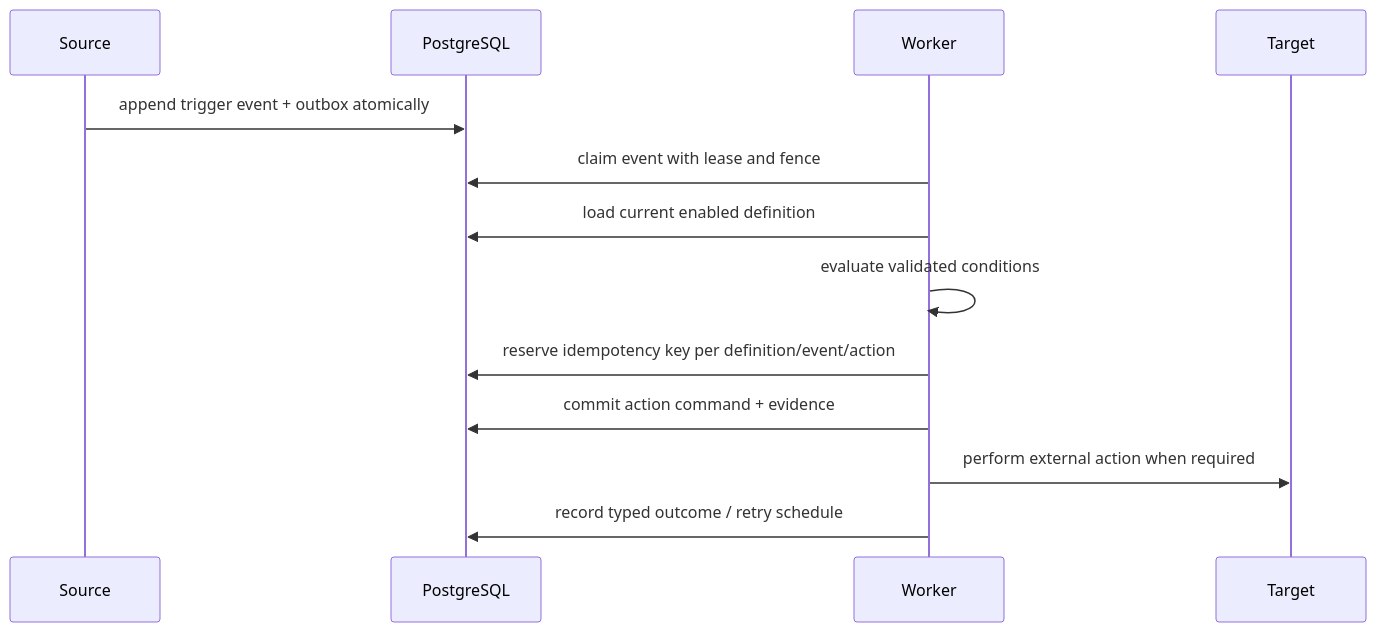
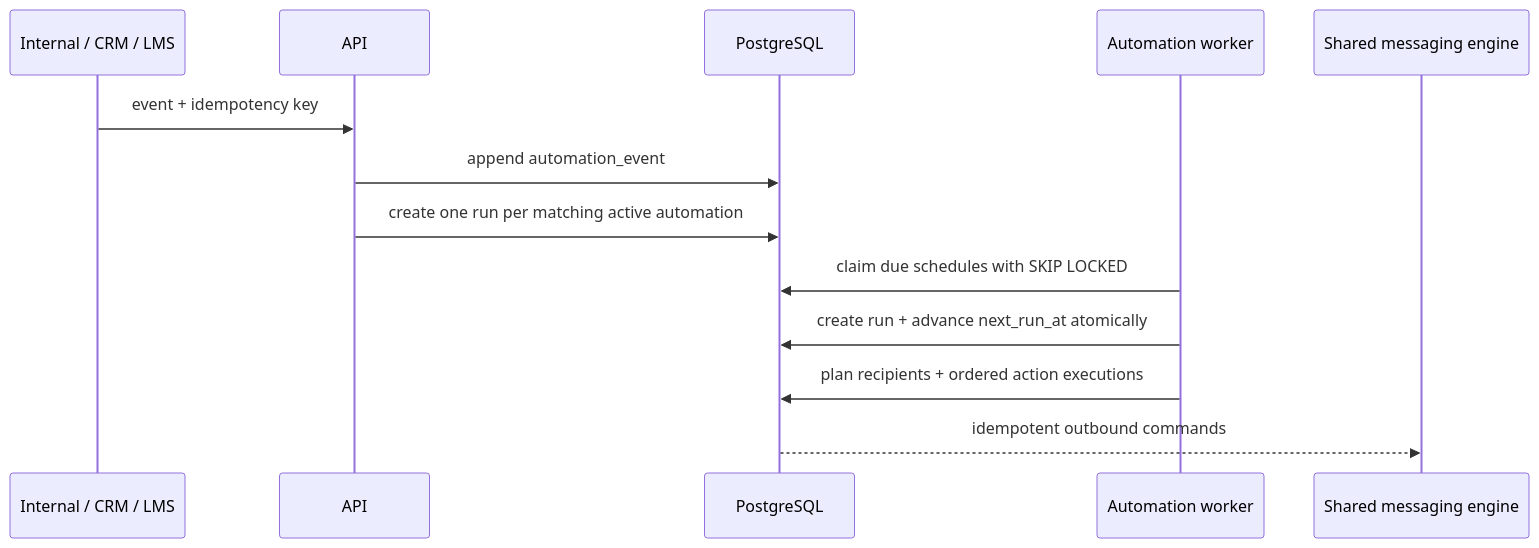
Before and after one commit to EyadSofian/convo_ds: the diagram in docs/AUTOMATION_ENGINE.md, drawn with Mermaid. The commit also changed other lines of this file and 146 other files, not shown here.

````diff
--- a/docs/AUTOMATION_ENGINE.md
+++ b/docs/AUTOMATION_ENGINE.md
@@ -33,15 +13,15 @@
 ```mermaid
 sequenceDiagram
-  participant Source
+  participant Source as Internal / CRM / LMS
+  participant API
   participant DB as PostgreSQL
-  participant Worker
-  participant Target
-  Source->>DB: append trigger event + outbox atomically
-  Worker->>DB: claim event with lease and fence
-  Worker->>DB: load current enabled definition
-  Worker->>Worker: evaluate validated conditions
-  Worker->>DB: reserve idempotency key per definition/event/action
-  Worker->>DB: commit action command + evidence
-  Worker->>Target: perform external action when required
-  Worker->>DB: record typed outcome / retry schedule
+  participant Scheduler as Automation worker
+  participant Delivery as Shared messaging engine
+  Source->>API: event + idempotency key
+  API->>DB: append automation_event
+  API->>DB: create one run per matching active automation
+  Scheduler->>DB: claim due schedules with SKIP LOCKED
+  Scheduler->>DB: create run + advance next_run_at atomically
+  Scheduler->>DB: plan recipients + ordered action executions
+  DB-->>Delivery: idempotent outbound commands
 ```
````
